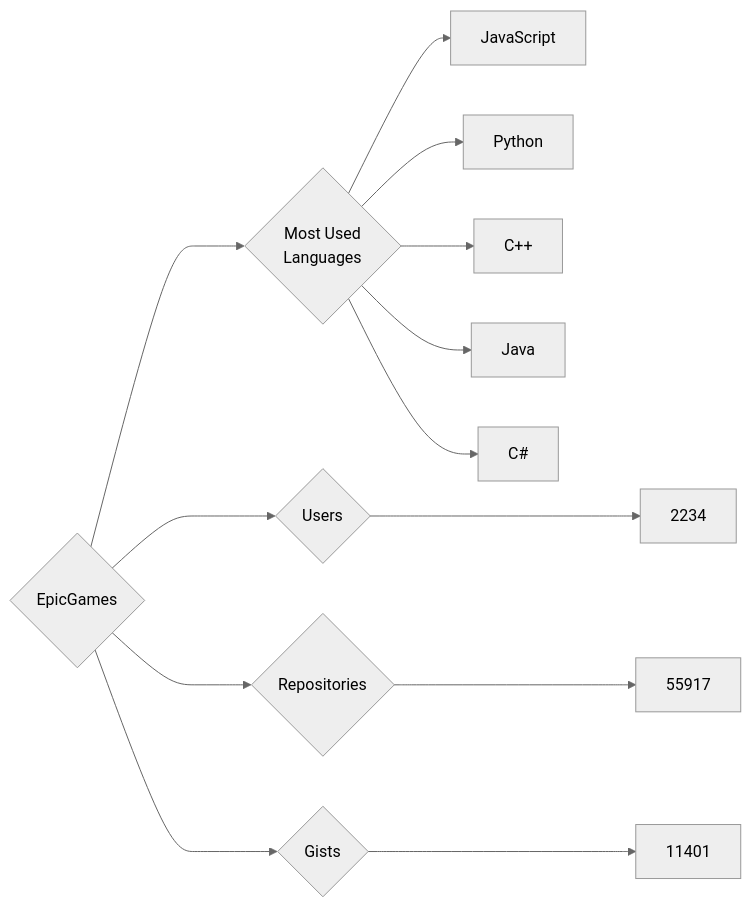
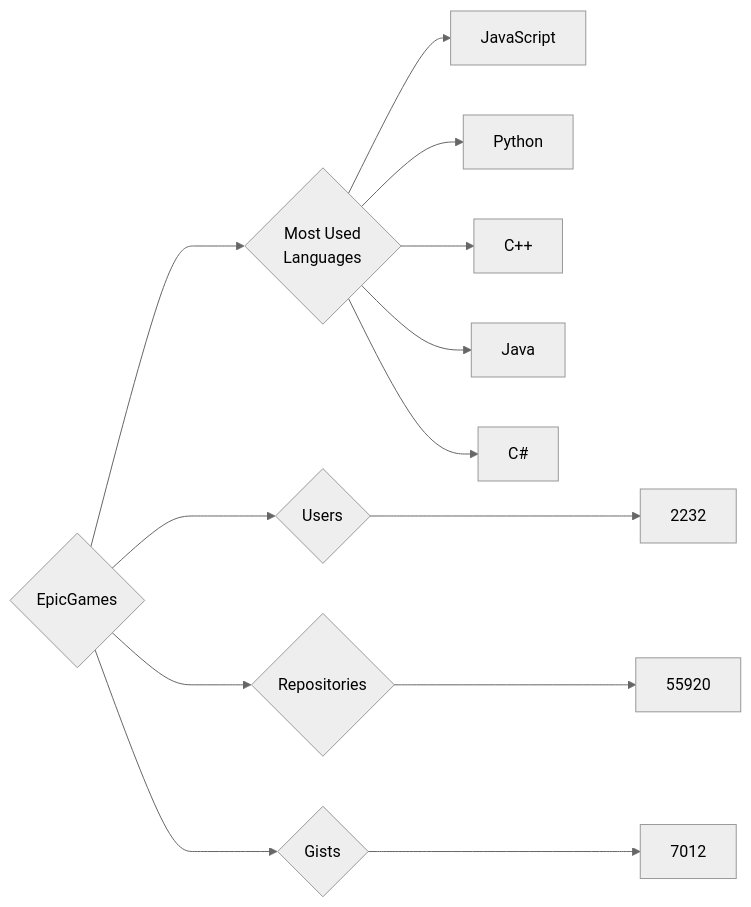
One commit to trickest/insiders changed the diagram in targets/EpicGames/README.md. Above: the diagram before and after it, drawn with Mermaid (neutral theme). The commit also changed 898 other files, not shown here.

````diff
--- a/targets/EpicGames/README.md
+++ b/targets/EpicGames/README.md
@@ -3,13 +3,13 @@
 ```mermaid
 graph LR
 COMPANY_NAME{EpicGames}
-COMPANY_NAME ---> U{Users} ---> UN[2234]
-COMPANY_NAME ---> R{Repositories} ---> RN[55917]
-COMPANY_NAME ---> G{Gists} ---> GN[11401]
+COMPANY_NAME ---> U{Users} ---> UN[2232]
+COMPANY_NAME ---> R{Repositories} ---> RN[55920]
+COMPANY_NAME ---> G{Gists} ---> GN[7012]
 COMPANY_NAME ---> ML{Most Used<br>Languages}
 ML --> JavaScript[JavaScript]
 ML --> Python[Python]
 ML --> C++[C++]
 ML --> Java[Java]
 ML --> C#[C#]
 ```
````
